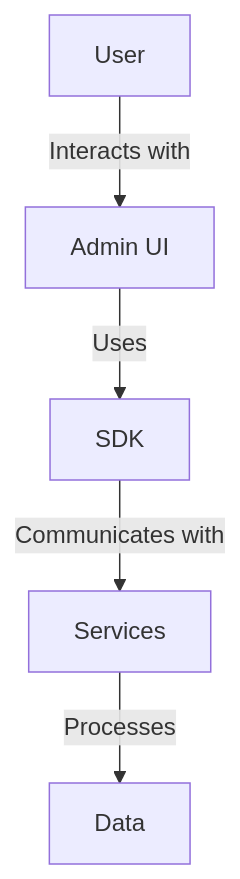
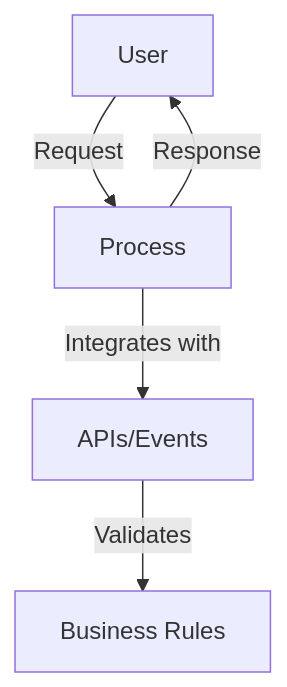
One commit to ankitnwemp/demo changed the first of 2 diagrams in README.md. Above: the diagram before and after it, drawn with Mermaid. The commit also changed other lines of this file, not shown here.

````diff
--- a/README.md
+++ b/README.md
@@ -19,7 +15,7 @@
 ```mermaid
 graph TD;
-    A[User] -->|Interacts with| B[Admin UI];
-    B -->|Uses| C[SDK];
-    C -->|Communicates with| D[Services];
-    D -->|Processes| E[Data];
+    User -->|Request| Process;
+    Process -->|Response| User;
+    Process -->|Integrates with| API[APIs/Events];
+    API -->|Validates| Rules[Business Rules];
 ```
````
